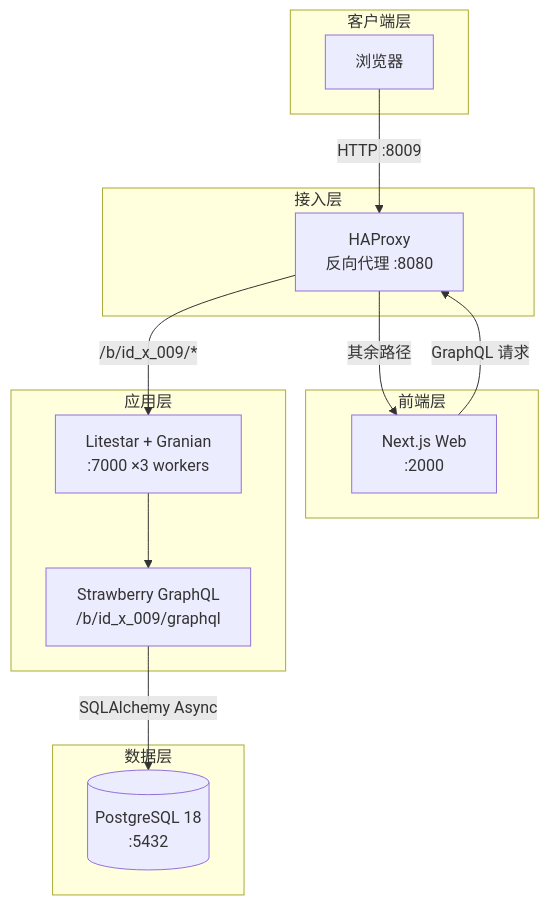
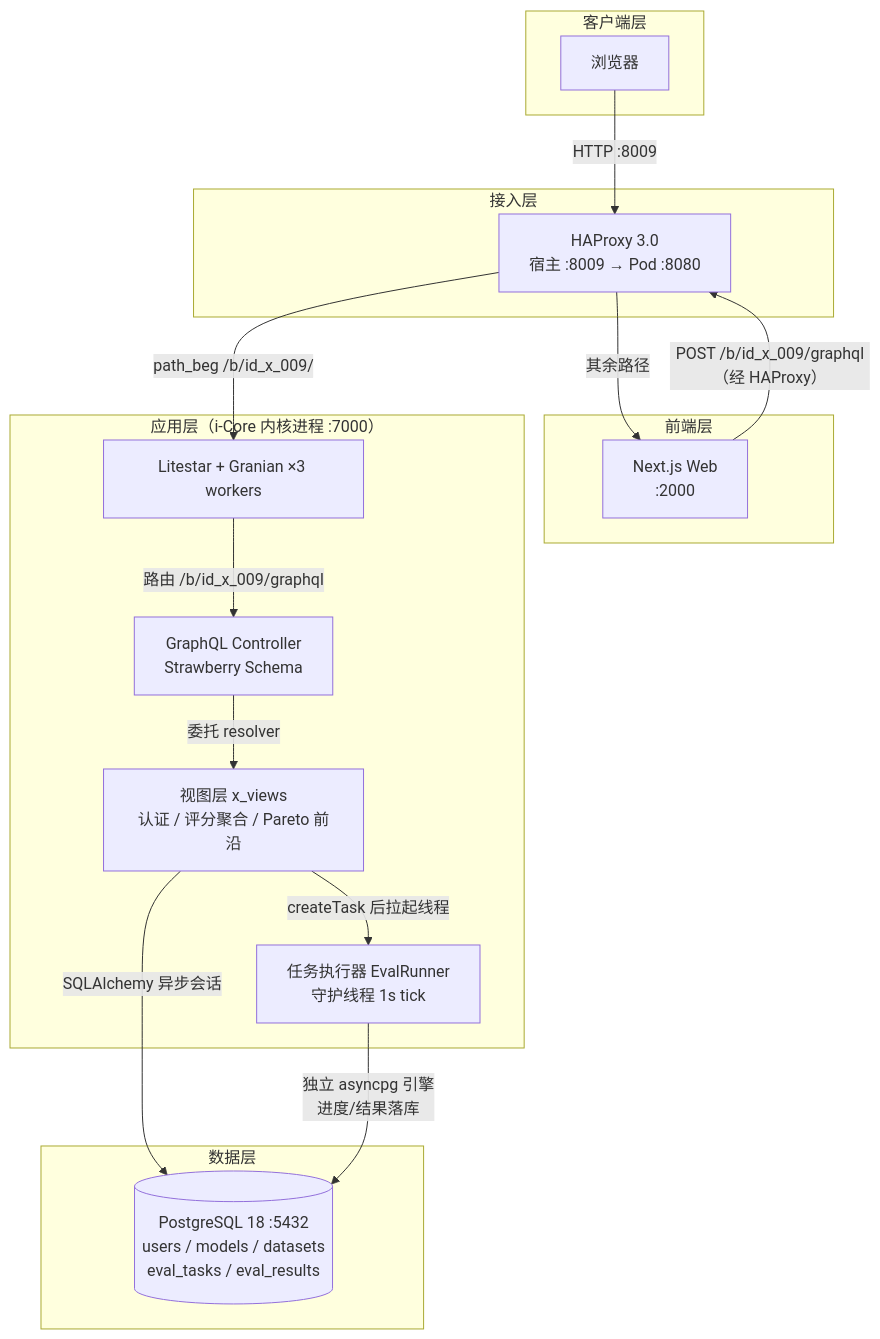
Before and after one commit to i-TorchLabs/id_x_009: the first of 2 diagrams in README.md, drawn with Mermaid. The commit also changed other lines of this file and 1 other file, not shown here.

````diff
--- a/README.md
+++ b/README.md
@@ -64,30 +65,35 @@
 ```mermaid
-graph TB
+graph TD
     subgraph 客户端层
         Browser[浏览器]
     end
 
     subgraph 接入层
-        HAProxy[HAProxy<br>反向代理 :8080]
+        HAProxy[HAProxy 3.0<br/>宿主 :8009 → Pod :8080]
     end
 
     subgraph 前端层
-        NextJS[Next.js Web<br>:2000]
+        Web[Next.js Web<br/>:2000]
     end
 
-    subgraph 应用层
-        Litestar[Litestar + Granian<br>:7000 ×3 workers]
-        GraphQL[Strawberry GraphQL<br>/b/id_x_009/graphql]
+    subgraph 应用层["应用层（i-Core 内核进程 :7000）"]
+        Litestar[Litestar + Granian ×3 workers]
+        GQL[GraphQL Controller<br/>Strawberry Schema]
+        Views[视图层 x_views<br/>认证 / 评分聚合 / Pareto 前沿]
+        Runner[任务执行器 EvalRunner<br/>守护线程 1s tick]
     end
 
     subgraph 数据层
-        PostgreSQL[(PostgreSQL 18<br>:5432)]
+        PG[(PostgreSQL 18 :5432<br/>users / models / datasets<br/>eval_tasks / eval_results)]
     end
 
     Browser -->|HTTP :8009| HAProxy
-    HAProxy -->|/b/id_x_009/*| Litestar
-    HAProxy -->|其余路径| NextJS
-    Litestar --> GraphQL
-    GraphQL -->|SQLAlchemy Async| PostgreSQL
-    NextJS -->|GraphQL 请求| HAProxy
+    HAProxy -->|"path_beg /b/id_x_009/"| Litestar
+    HAProxy -->|其余路径| Web
+    Web -->|"POST /b/id_x_009/graphql（经 HAProxy）"| HAProxy
+    Litestar -->|路由 /b/id_x_009/graphql| GQL
+    GQL -->|委托 resolver| Views
+    Views -->|SQLAlchemy 异步会话| PG
+    Views -->|createTask 后拉起线程| Runner
+    Runner -->|独立 asyncpg 引擎<br/>进度/结果落库| PG
 ```
````
